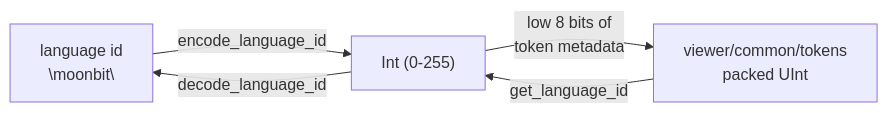
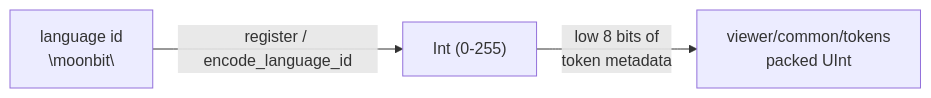
Before and after one commit to moonbitlang/editor: the diagram in viewer/common/services/README.mbt.md, drawn with Mermaid. The commit also changed other lines of this file and 270 other files, not shown here.

````diff
--- a/viewer/common/services/README.mbt.md
+++ b/viewer/common/services/README.mbt.md
@@ -9,7 +9,5 @@
 ```mermaid
 flowchart LR
-  L["language id<br>\"moonbit\""] -->|encode_language_id| N["Int (0-255)"]
+  L["language id<br>\"moonbit\""] -->|register / encode_language_id| N["Int (0-255)"]
   N -->|"low 8 bits of<br>token metadata"| M["viewer/common/tokens<br>packed UInt"]
-  M -->|get_language_id| N
-  N -->|decode_language_id| L
 ```
````
